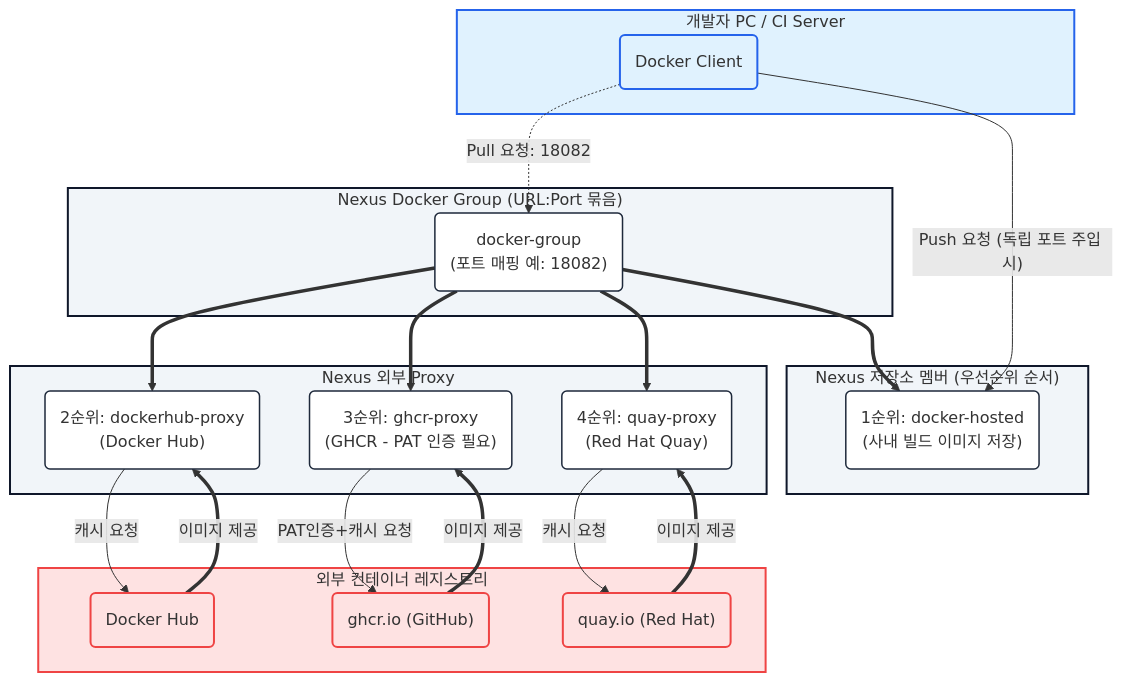
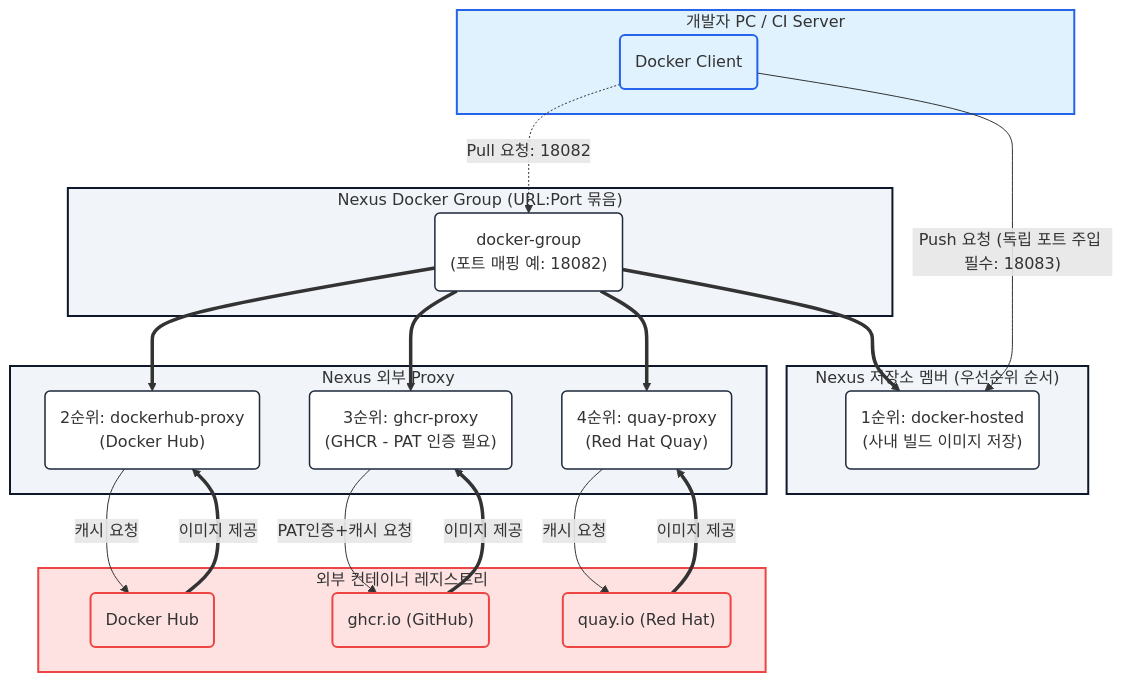
The first of 2 diagrams in lecture3/Readme.md (oscka/nexus-oss-lecture), drawn with Mermaid before and after one commit. The commit also changed other lines of this file, not shown here.

````diff
--- a/lecture3/Readme.md
+++ b/lecture3/Readme.md
@@ -25,53 +24,53 @@
 ```mermaid
 graph TD
     subgraph Client ["개발자 PC / CI Server"]
         DKC("Docker Client")
     end
 
     subgraph NexusGroup ["Nexus Docker Group (URL:Port 묶음)"]
         GPR_1("docker-group<br/>(포트 매핑 예: 18082)")
     end
 
     subgraph NexusMembers ["Nexus 저장소 멤버 (우선순위 순서)"]
         HPR_1("1순위: docker-hosted<br/>(사내 빌드 이미지 저장)")
     end
 
     subgraph NexusProxies ["Nexus 외부 Proxy"]
         PPR_1("2순위: dockerhub-proxy<br/>(Docker Hub)")
         PPR_2("3순위: ghcr-proxy<br/>(GHCR - PAT 인증 필요)")
         PPR_3("4순위: quay-proxy<br/>(Red Hat Quay)")
     end
 
     subgraph ExtReg ["외부 컨테이너 레지스트리"]
         EXT_D("Docker Hub")
         EXT_G("ghcr.io (GitHub)")
         EXT_Q("quay.io (Red Hat)")
     end
 
     DKC -. Pull 요청: 18082 .-> GPR_1
     GPR_1 ==> HPR_1
     GPR_1 ==> PPR_1
     GPR_1 ==> PPR_2
     GPR_1 ==> PPR_3
 
     PPR_1 -- 캐시 요청 --> EXT_D
     EXT_D == 이미지 제공 ==> PPR_1
     
     PPR_2 -- PAT인증+캐시 요청 --> EXT_G
     EXT_G == 이미지 제공 ==> PPR_2
 
     PPR_3 -- 캐시 요청 --> EXT_Q
     EXT_Q == 이미지 제공 ==> PPR_3
 
-    DKC -- Push 요청 (독립 포트 주입 시) --> HPR_1
+    DKC -- Push 요청 (독립 포트 주입 필수: 18083) --> HPR_1
 
     classDef client fill:#e0f2fe,stroke:#2563eb,stroke-width:2px;
     classDef nexus fill:#f1f5f9,stroke:#0f172a,stroke-width:2px;
     classDef members fill:#fff,stroke:#1e293b,stroke-width:1.5px;
     classDef ext fill:#fee2e2,stroke:#ef4444,stroke-width:2px;
 
     class Client,DKC client;
     class NexusGroup,NexusMembers,NexusProxies nexus;
     class GPR_1,HPR_1,PPR_1,PPR_2,PPR_3 members;
     class ExtReg,EXT_D,EXT_G,EXT_Q ext;
 ```
````
